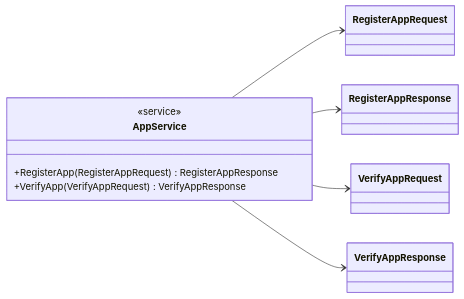
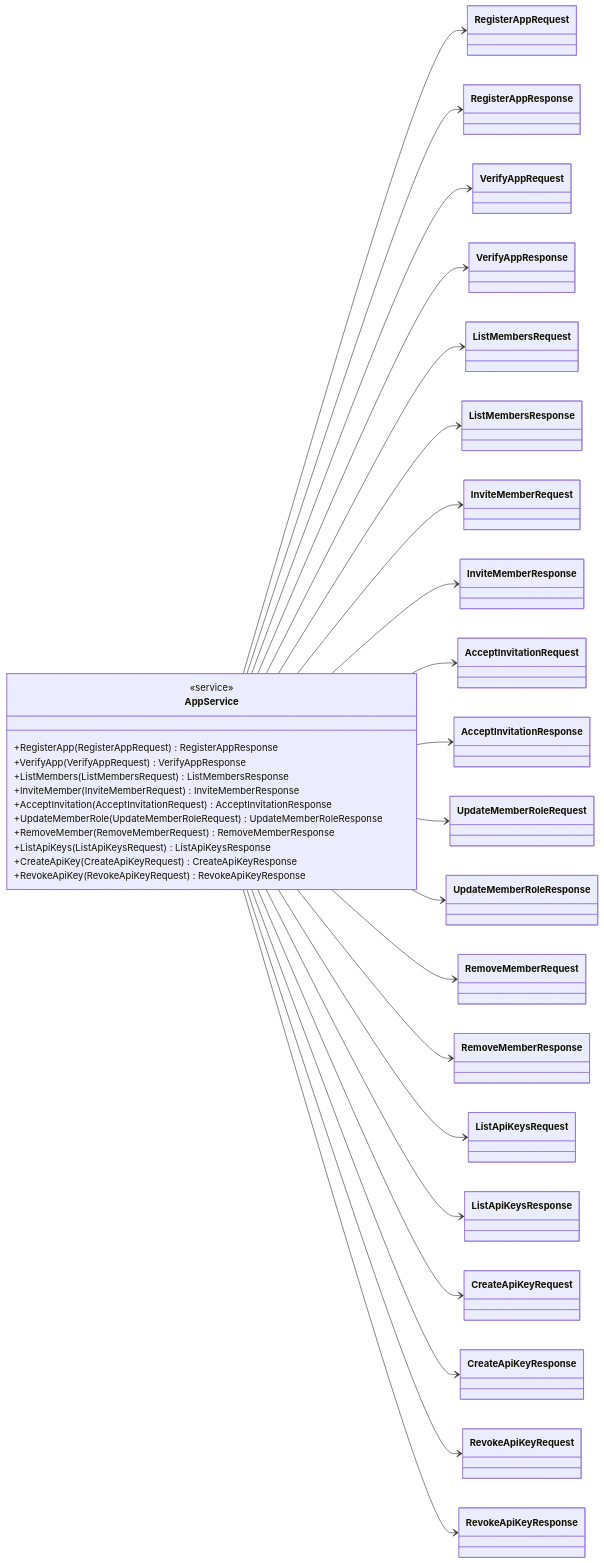
The second of 27 diagrams in docs/architecture/registration_service.proto.md (retail-cortex/skills), drawn with Mermaid before and after one commit. The commit also changed other lines of this file and 138 other files, not shown here.

````diff
--- a/docs/architecture/registration_service.proto.md
+++ b/docs/architecture/registration_service.proto.md
@@ -102,14 +297,38 @@
 ```mermaid
 classDiagram
 direction LR
 class AppService {
   <<service>>
   +RegisterApp (RegisterAppRequest) RegisterAppResponse
   +VerifyApp (VerifyAppRequest) VerifyAppResponse
+  +ListMembers (ListMembersRequest) ListMembersResponse
+  +InviteMember (InviteMemberRequest) InviteMemberResponse
+  +AcceptInvitation (AcceptInvitationRequest) AcceptInvitationResponse
+  +UpdateMemberRole (UpdateMemberRoleRequest) UpdateMemberRoleResponse
+  +RemoveMember (RemoveMemberRequest) RemoveMemberResponse
+  +ListApiKeys (ListApiKeysRequest) ListApiKeysResponse
+  +CreateApiKey (CreateApiKeyRequest) CreateApiKeyResponse
+  +RevokeApiKey (RevokeApiKeyRequest) RevokeApiKeyResponse
 }
 AppService --> `RegisterAppRequest`
 AppService --> `RegisterAppResponse`
 AppService --> `VerifyAppRequest`
 AppService --> `VerifyAppResponse`
+AppService --> `ListMembersRequest`
+AppService --> `ListMembersResponse`
+AppService --> `InviteMemberRequest`
+AppService --> `InviteMemberResponse`
+AppService --> `AcceptInvitationRequest`
+AppService --> `AcceptInvitationResponse`
+AppService --> `UpdateMemberRoleRequest`
+AppService --> `UpdateMemberRoleResponse`
+AppService --> `RemoveMemberRequest`
+AppService --> `RemoveMemberResponse`
+AppService --> `ListApiKeysRequest`
+AppService --> `ListApiKeysResponse`
+AppService --> `CreateApiKeyRequest`
+AppService --> `CreateApiKeyResponse`
+AppService --> `RevokeApiKeyRequest`
+AppService --> `RevokeApiKeyResponse`
 
 ```
````
